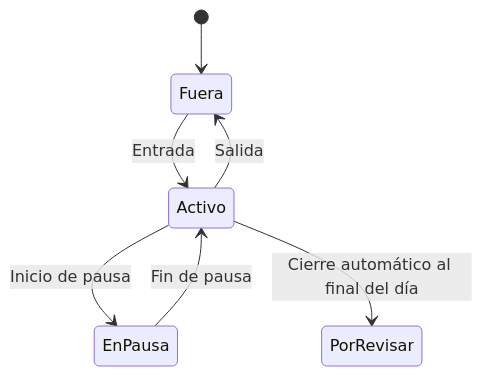
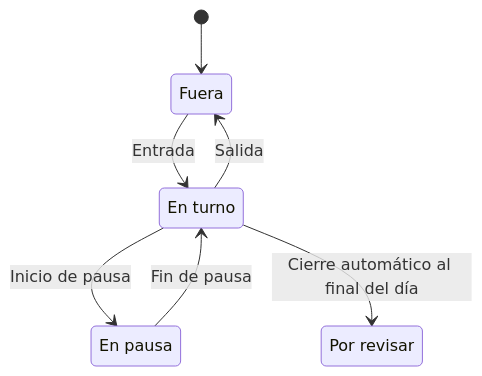
Before and after one commit to CesarJOtizM/blackHole: the second of 4 diagrams in docs/flujos/m8-asistencia.md, drawn with Mermaid. The commit also changed other lines of this file and 159 other files, not shown here.

````diff
--- a/docs/flujos/m8-asistencia.md
+++ b/docs/flujos/m8-asistencia.md
@@ -41,9 +41,13 @@
 ```mermaid
 stateDiagram-v2
-  [*] --> Fuera
-  Fuera --> Activo: Entrada
-  Activo --> EnPausa: Inicio de pausa
-  EnPausa --> Activo: Fin de pausa
-  Activo --> Fuera: Salida
-  Activo --> PorRevisar: Cierre automático al final del día
+  state "Fuera" as off_shift
+  state "En turno" as on_shift
+  state "En pausa" as on_break
+  state "Por revisar" as pending_review
+  [*] --> off_shift
+  off_shift --> on_shift: Entrada
+  on_shift --> on_break: Inicio de pausa
+  on_break --> on_shift: Fin de pausa
+  on_shift --> off_shift: Salida
+  on_shift --> pending_review: Cierre automático al final del día
 ```
````
